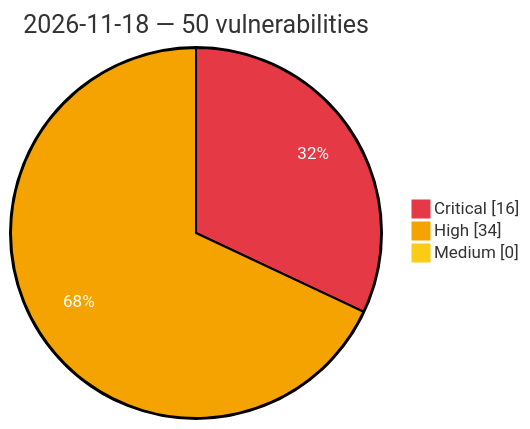
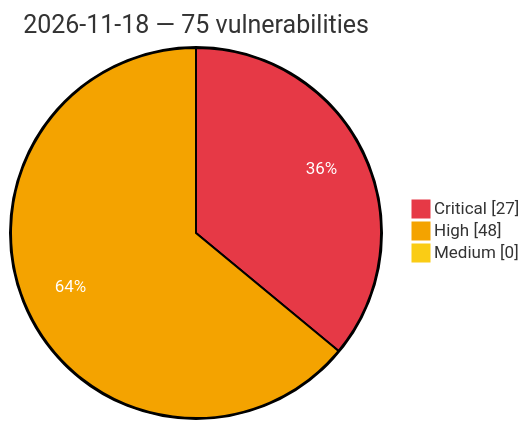
Before and after one commit to GhostX0X/vuln-tracker: the diagram in vulnerabilities/2026/November/2026-11-18.md, drawn with Mermaid. The commit also changed other lines of this file and 5 other files, not shown here.

Commit message:
Auto update: critical/high vulns (2026-11-18 23:00 UTC)

````diff
--- a/vulnerabilities/2026/November/2026-11-18.md
+++ b/vulnerabilities/2026/November/2026-11-18.md
@@ -3,8 +3,8 @@
 ```mermaid
 %%{init: {'theme':'base', 'themeVariables': {'pie1':'#e63946', 'pie2':'#f4a300', 'pie3':'#facc15', 'pieOpacity':'1', 'pieOuterStrokeWidth':'2px', 'pieSectionTextColor':'#ffffff'}}}%%
 pie showData
-    title 2026-11-18 — 50 vulnerabilities
-    "Critical" : 16
-    "High" : 34
+    title 2026-11-18 — 75 vulnerabilities
+    "Critical" : 27
+    "High" : 48
     "Medium" : 0
 ```
````
